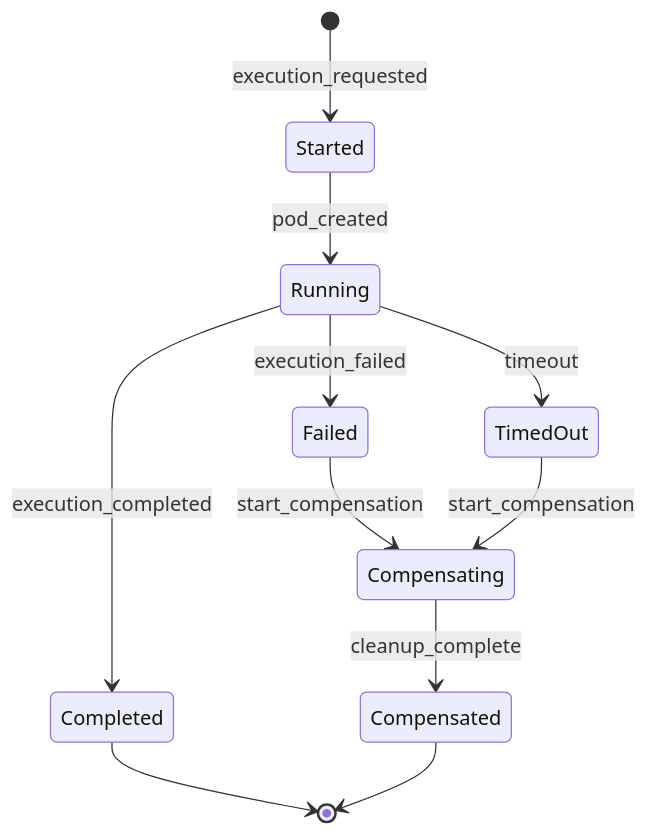
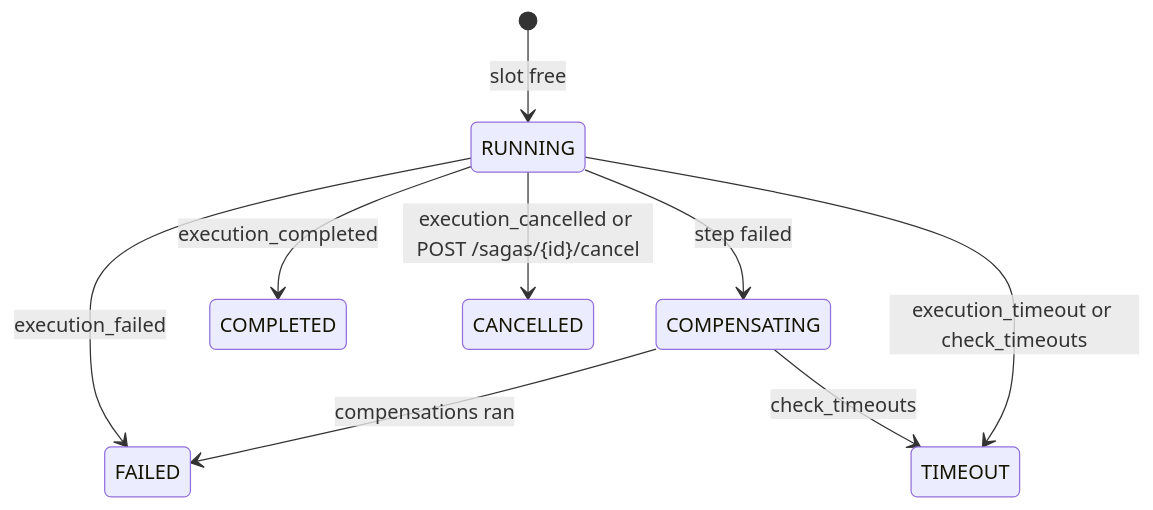
Before and after one commit to HardMax71/Integr8sCode: the second of 2 diagrams in docs/components/workers/saga_orchestrator.md, drawn with Mermaid. The commit also changed other lines of this file and 5 other files, not shown here.

````diff
--- a/docs/components/workers/saga_orchestrator.md
+++ b/docs/components/workers/saga_orchestrator.md
@@ -32,13 +28,11 @@
 ```mermaid
 stateDiagram-v2
-    [*] --> Started: execution_requested
-    Started --> Running: pod_created
-    Running --> Completed: execution_completed
-    Running --> Failed: execution_failed
-    Running --> TimedOut: timeout
-    Failed --> Compensating: start_compensation
-    TimedOut --> Compensating: start_compensation
-    Compensating --> Compensated: cleanup_complete
-    Completed --> [*]
-    Compensated --> [*]
+    [*] --> RUNNING: slot free
+    RUNNING --> COMPENSATING: step failed
+    COMPENSATING --> FAILED: compensations ran
+    RUNNING --> COMPLETED: execution_completed
+    RUNNING --> FAILED: execution_failed
+    RUNNING --> TIMEOUT: execution_timeout or check_timeouts
+    COMPENSATING --> TIMEOUT: check_timeouts
+    RUNNING --> CANCELLED: execution_cancelled or POST /sagas/{id}/cancel
 ```
````
